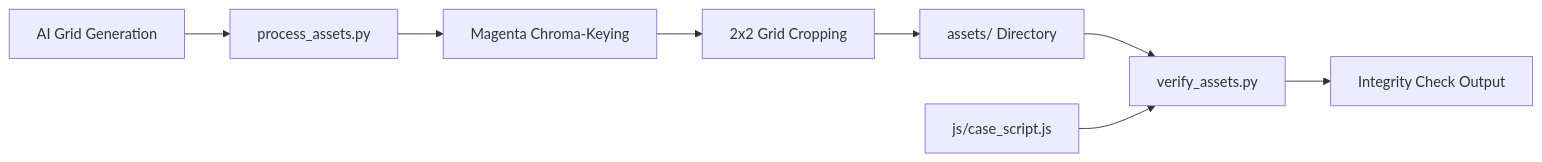
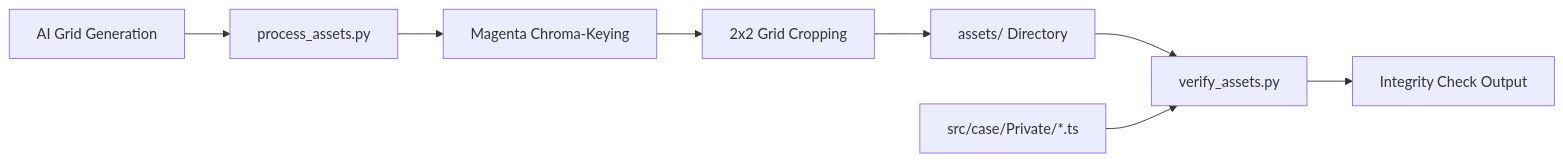
One commit to luisoncpp/aa-chapulin changed the diagram in docs/architecture/asset-pipeline.md. Above: the diagram before and after it, drawn with Mermaid. The commit also changed other lines of this file and 53 other files, not shown here.

````diff
--- a/docs/architecture/asset-pipeline.md
+++ b/docs/architecture/asset-pipeline.md
@@ -9,11 +9,11 @@
 ```mermaid
 flowchart LR
     Raw[AI Grid Generation] --> Process[process_assets.py]
     Process --> Chroma[Magenta Chroma-Keying]
     Chroma --> Slicing[2x2 Grid Cropping]
     Slicing --> Assets[assets/ Directory]
     
     Assets --> Verify[verify_assets.py]
-    Script[js/case_script.js] --> Verify
+    Script[src/case/Private/*.ts] --> Verify
     Verify --> Report[Integrity Check Output]
 ```
````
